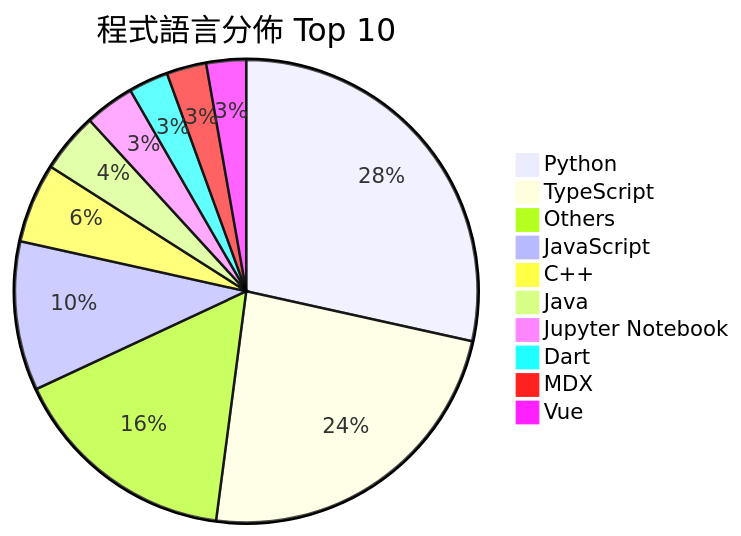
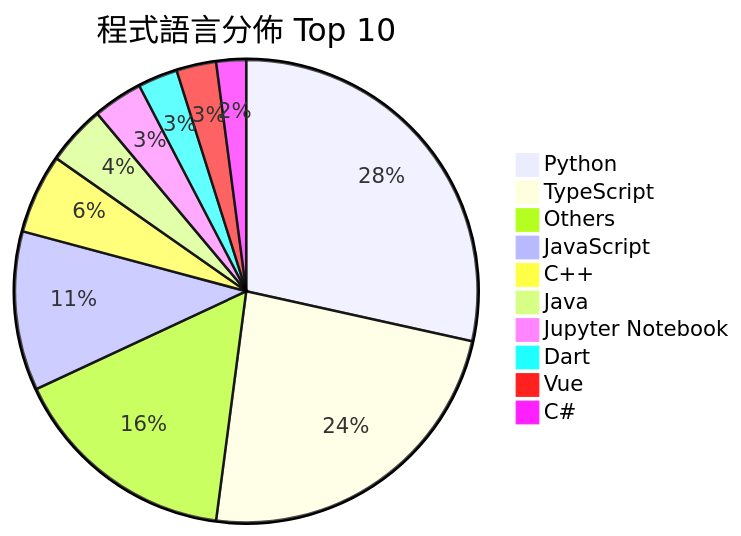
The second of 2 diagrams in README.md (Andy87877/GitHub-Star-Manager), drawn with Mermaid before and after one commit. The commit also changed other lines of this file and 3 other files, not shown here.

````diff
--- a/README.md
+++ b/README.md
@@ -27,13 +27,13 @@
 ```mermaid
 pie title 程式語言分佈 Top 10
     "Python" : 41
     "TypeScript" : 34
     "Others" : 23
-    "JavaScript" : 15
+    "JavaScript" : 16
     "C++" : 8
     "Java" : 6
     "Jupyter Notebook" : 5
     "Dart" : 4
-    "MDX" : 4
     "Vue" : 4
+    "C#" : 3
 ```
````
